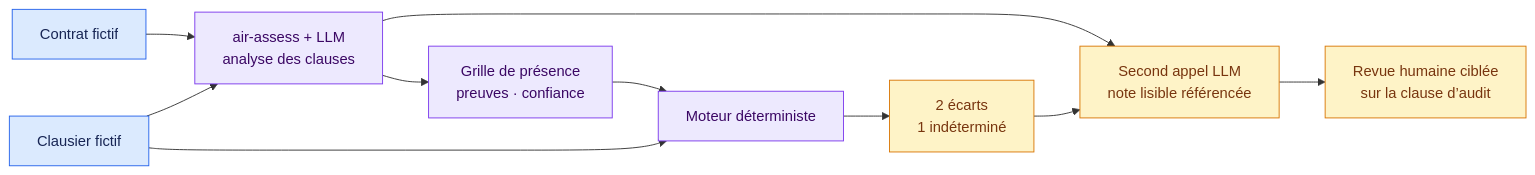
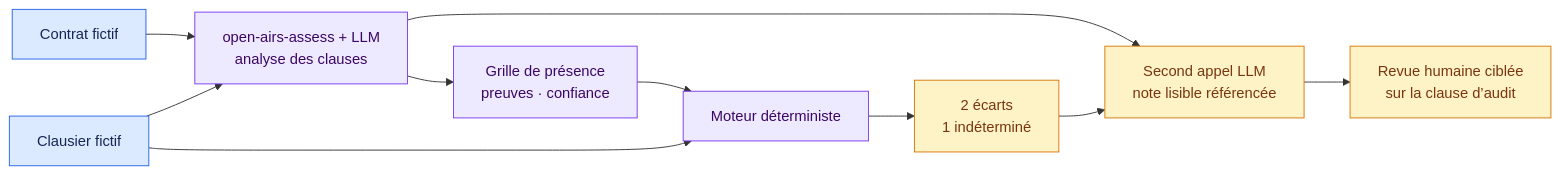
Before and after one commit to NickChaps/Open-AIRS: the diagram in examples/contract-review/README.fr.md, drawn with Mermaid. The commit also changed other lines of this file and 101 other files, not shown here.

Commit message:
chore: rename project to Open AIRS

````diff
--- a/examples/contract-review/README.fr.md
+++ b/examples/contract-review/README.fr.md
@@ -10,19 +10,19 @@
 ```mermaid
 flowchart LR
-    C["Contrat fictif"] --> X["air-assess + LLM<br/>analyse des clauses"]
+    C["Contrat fictif"] --> X["open-airs-assess + LLM<br/>analyse des clauses"]
     L["Clausier fictif"] --> X
     X --> F["Grille de présence<br/>preuves · confiance"]
     F --> E["Moteur déterministe"]
     L --> E
     E --> R["2 écarts<br/>1 indéterminé"]
     X --> N["Second appel LLM<br/>note lisible référencée"]
     R --> N
     N --> H["Revue humaine ciblée<br/>sur la clause d’audit"]
 
     classDef source fill:#dbeafe,stroke:#2563eb,color:#172554
     classDef analysis fill:#ede9fe,stroke:#7c3aed,color:#3b0764
     classDef result fill:#fef3c7,stroke:#d97706,color:#78350f
     class C,L source
     class X,F,E analysis
     class R,N,H result
 ```
````
